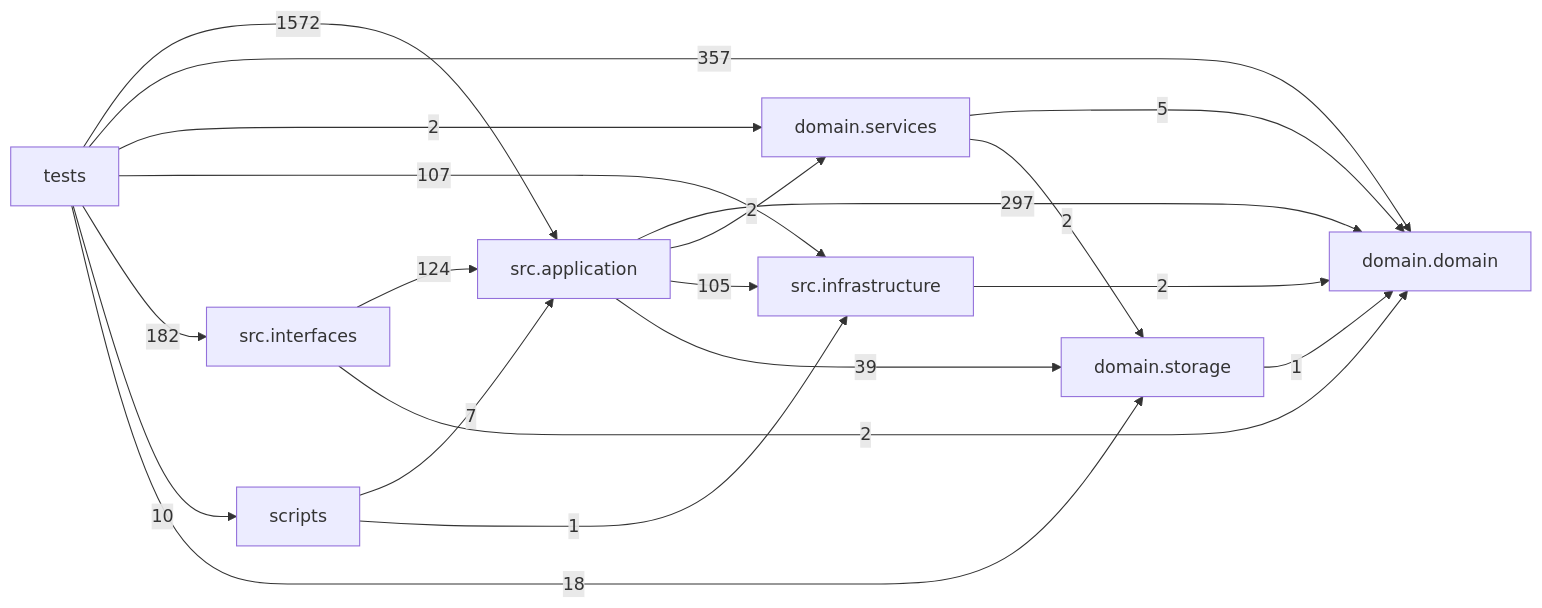
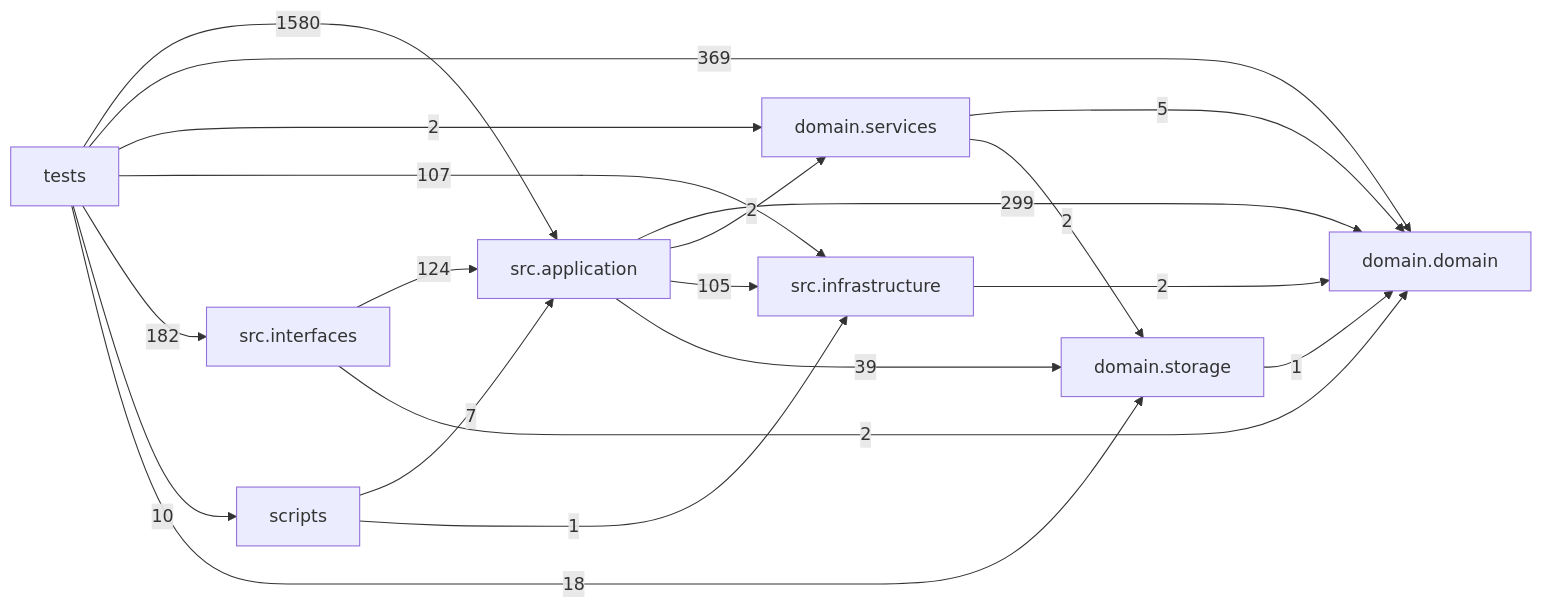
Before and after one commit to liuxie066/options-monitor: the diagram in docs/DEPENDENCY_GRAPH.md, drawn with Mermaid. The commit also changed other lines of this file and 7 other files, not shown here.

````diff
--- a/docs/DEPENDENCY_GRAPH.md
+++ b/docs/DEPENDENCY_GRAPH.md
@@ -24,30 +24,30 @@
 ```mermaid
 flowchart LR
   tests["tests"]
   scripts["scripts"]
   interfaces["src.interfaces"]
   application["src.application"]
   infrastructure["src.infrastructure"]
   domain_services["domain.services"]
   domain["domain.domain"]
   storage["domain.storage"]
-  application -->|297| domain
+  application -->|299| domain
   application -->|2| domain_services
   application -->|105| infrastructure
   application -->|39| storage
   domain_services -->|5| domain
   domain_services -->|2| storage
   infrastructure -->|2| domain
   interfaces -->|124| application
   interfaces -->|2| domain
   scripts -->|7| application
   scripts -->|1| infrastructure
   storage -->|1| domain
-  tests -->|1572| application
-  tests -->|357| domain
+  tests -->|1580| application
+  tests -->|369| domain
   tests -->|2| domain_services
   tests -->|107| infrastructure
   tests -->|182| interfaces
   tests -->|10| scripts
   tests -->|18| storage
 ```
````
